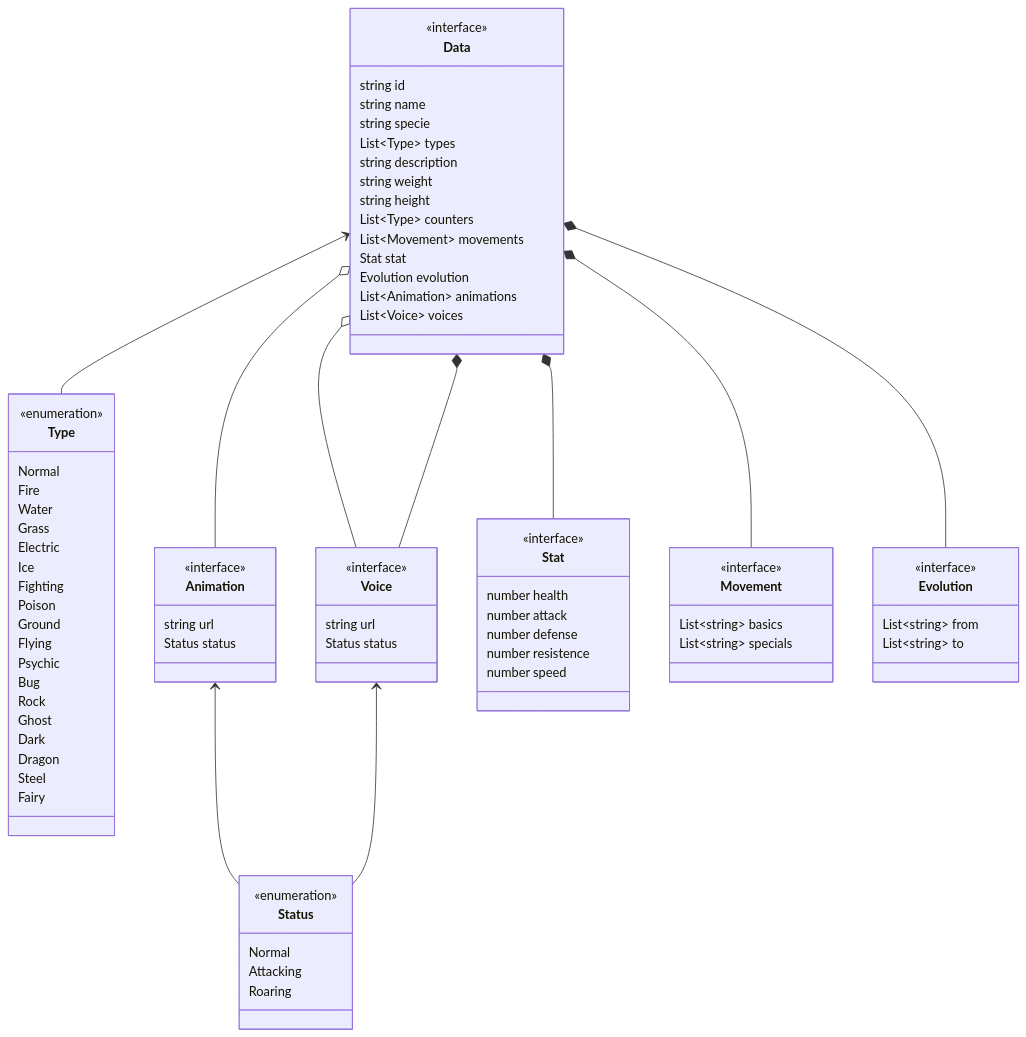
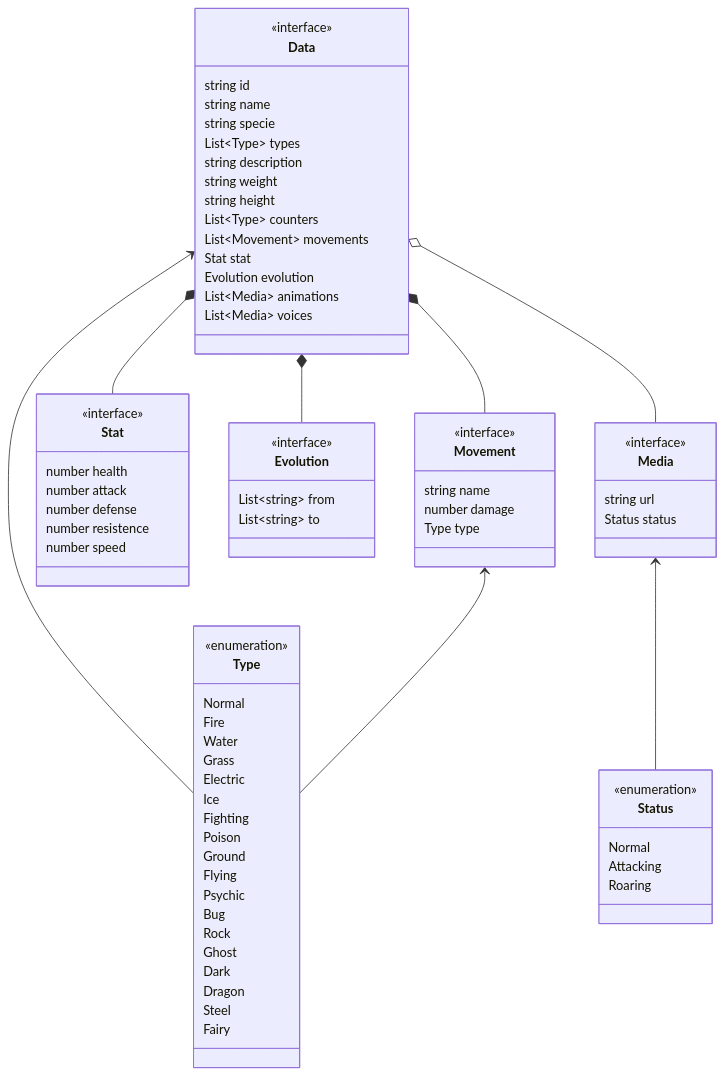
Before and after one commit to MichaellAlavedraMunayco/pikapi: the diagram in README.md, drawn with Mermaid. The commit also changed other lines of this file and 4 other files, not shown here.

Commit message:
docs: add model diagram & interfaces

````diff
--- a/README.md
+++ b/README.md
@@ -11,7 +17,7 @@
 class Data {
   <<interface>>
   string id
-  string name  
+  string name
   string specie
   List~Type~ types
   string description
@@ -21,8 +27,8 @@
   List~Movement~ movements
   Stat stat
   Evolution evolution
-  List~Animation~ animations
-  List~Voice~ voices
+  List~Media~ animations
+  List~Media~ voices
 }
 
 class Type {
@@ -47,13 +53,29 @@
   Fairy
 }
 
-class Animation {
+class Movement {
   <<interface>>
-  string url
-  Status status
+  string name
+  number damage
+  Type type
 }
 
-class Voice {
+class Stat {
+  <<interface>>
+  number health
+  number attack
+  number defense
+  number resistence
+  number speed
+}
+
+class Evolution {
+  <<interface>>
+  List~string~ from
+  List~string~ to
+}
+
+class Media {
   <<interface>>
   string url
   Status status
@@ -66,37 +88,13 @@
   Roaring
 }
 
-class Stat {
-  <<interface>>
-  number health
-  number attack
-  number defense
-  number resistence  
-  number speed
-}
-
-class Movement {
-  <<interface>>
-  List~string~ basics
-  List~string~ specials
-}
-
-class Evolution {
-  <<interface>>
-  List~string~ from
-  List~string~ to
-}
-
 
 Data <-- Type
-Data o-- Animation
-Data o-- Voice
+Data o-- Media
 Data *-- Stat
 Data *-- Movement
-Data *-- Voice
 Data *-- Evolution
-
-Animation <-- Status
-Voice <-- Status
+Movement <-- Type
+Media <-- Status
 
 ```
````
